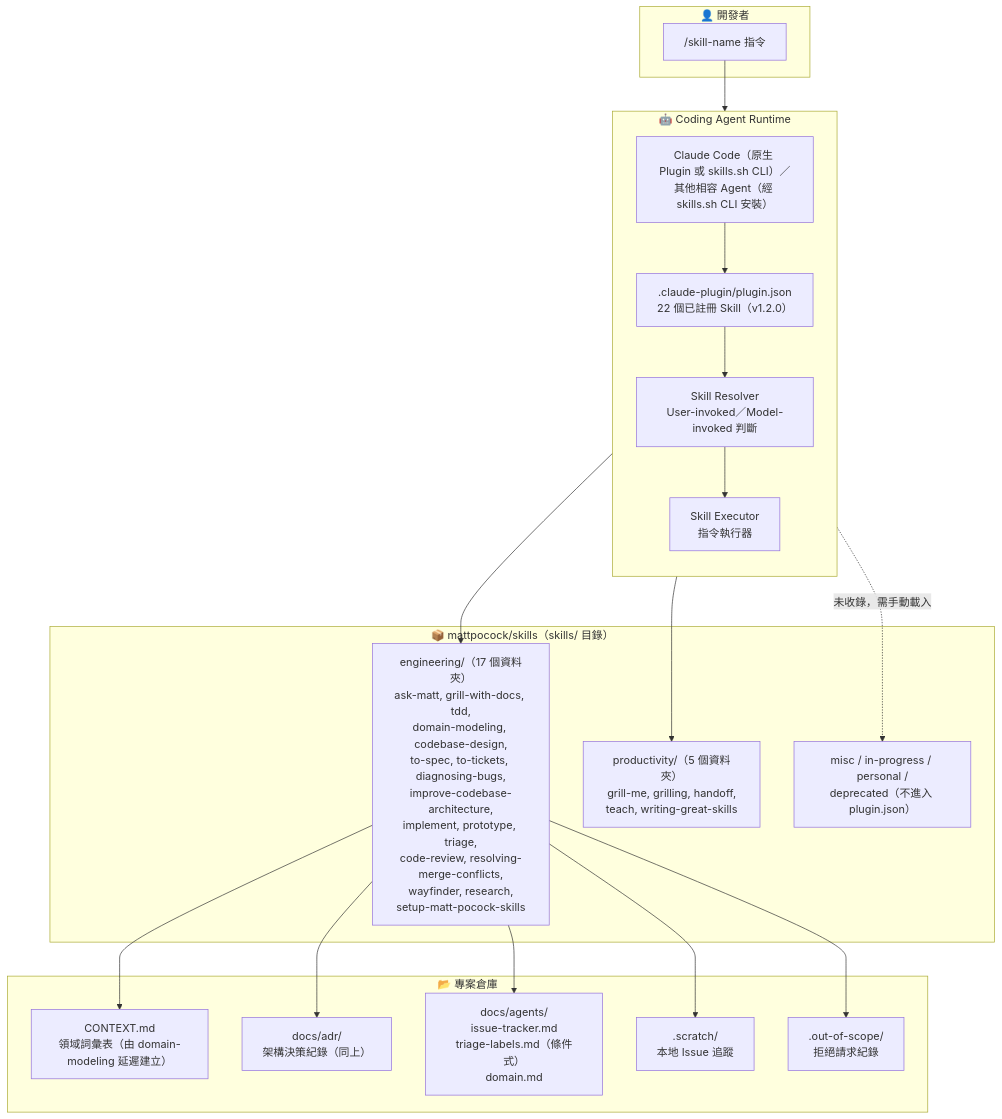
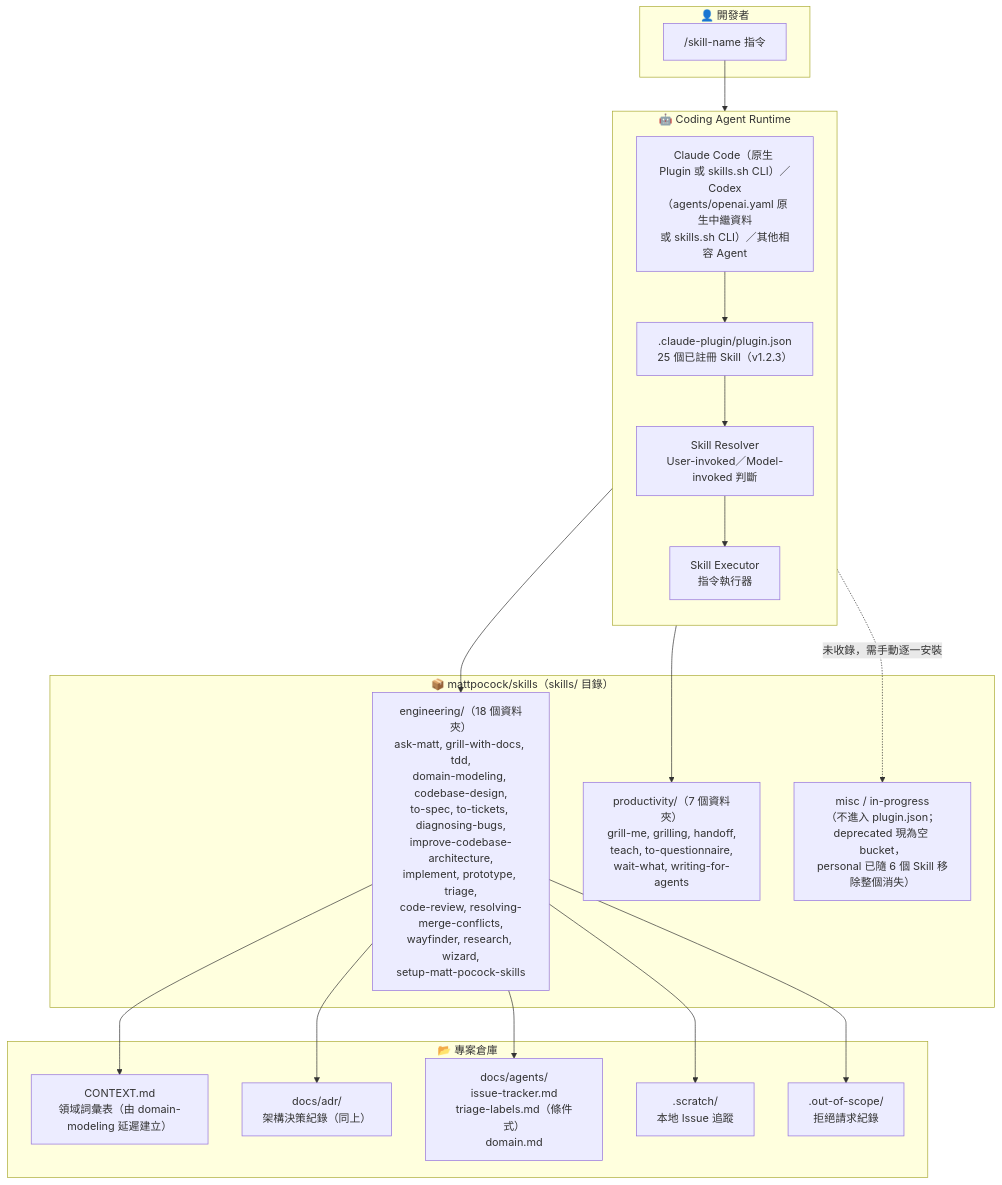
One commit to chihhung/Blog changed the first of 15 diagrams in content/posts/教學/AI開發/mattpocock skills 教學手冊.md. Above: the diagram before and after it, drawn with Mermaid. The commit also changed other lines of this file, not shown here.

````diff
--- a/content/posts/教學/AI開發/mattpocock skills 教學手冊.md
+++ b/content/posts/教學/AI開發/mattpocock skills 教學手冊.md
@@ -282,41 +289,41 @@
 ```mermaid
 graph TB
     subgraph Developer["👤 開發者"]
         CMD["/skill-name 指令"]
     end
 
     subgraph AgentRuntime["🤖 Coding Agent Runtime"]
         direction TB
-        AGENTS["Claude Code（原生 Plugin 或 skills.sh CLI）／<br/>其他相容 Agent（經 skills.sh CLI 安裝）"]
-        PLUGIN[".claude-plugin/plugin.json<br/>22 個已註冊 Skill（v1.2.0）"]
+        AGENTS["Claude Code（原生 Plugin 或 skills.sh CLI）／<br/>Codex（agents/openai.yaml 原生中繼資料<br/>或 skills.sh CLI）／其他相容 Agent"]
+        PLUGIN[".claude-plugin/plugin.json<br/>25 個已註冊 Skill（v1.2.3）"]
         RESOLVER["Skill Resolver<br/>User-invoked／Model-invoked 判斷"]
         EXECUTOR["Skill Executor<br/>指令執行器"]
     end
 
     subgraph SkillsRepo["📦 mattpocock/skills（skills/ 目錄）"]
-        ENG["engineering/（17 個資料夾）<br/>ask-matt, grill-with-docs, tdd,<br/>domain-modeling, codebase-design,<br/>to-spec, to-tickets, diagnosing-bugs,<br/>improve-codebase-architecture,<br/>implement, prototype, triage,<br/>code-review, resolving-merge-conflicts,<br/>wayfinder, research,<br/>setup-matt-pocock-skills"]
-        PROD["productivity/（5 個資料夾）<br/>grill-me, grilling, handoff,<br/>teach, writing-great-skills"]
-        OTHER["misc / in-progress / personal /<br/>deprecated（不進入 plugin.json）"]
+        ENG["engineering/（18 個資料夾）<br/>ask-matt, grill-with-docs, tdd,<br/>domain-modeling, codebase-design,<br/>to-spec, to-tickets, diagnosing-bugs,<br/>improve-codebase-architecture,<br/>implement, prototype, triage,<br/>code-review, resolving-merge-conflicts,<br/>wayfinder, research, wizard,<br/>setup-matt-pocock-skills"]
+        PROD["productivity/（7 個資料夾）<br/>grill-me, grilling, handoff,<br/>teach, to-questionnaire,<br/>wait-what, writing-for-agents"]
+        OTHER["misc / in-progress<br/>（不進入 plugin.json；<br/>deprecated 現為空 bucket，<br/>personal 已隨 6 個 Skill 移除整個消失）"]
     end
 
     subgraph RepoContext["📂 專案倉庫"]
         CONTEXT["CONTEXT.md<br/>領域詞彙表（由 domain-modeling 延遲建立）"]
         ADR["docs/adr/<br/>架構決策紀錄（同上）"]
         AGENTDOCS["docs/agents/<br/>issue-tracker.md<br/>triage-labels.md（條件式）<br/>domain.md"]
         SCRATCH[".scratch/<br/>本地 Issue 追蹤"]
         OUTSCOPE[".out-of-scope/<br/>拒絕請求紀錄"]
     end
 
     CMD --> RESOLVER
     AGENTS --> PLUGIN
     PLUGIN --> RESOLVER
     RESOLVER --> EXECUTOR
     EXECUTOR --> ENG
     EXECUTOR --> PROD
-    EXECUTOR -.未收錄，需手動載入.-> OTHER
+    EXECUTOR -.未收錄，需手動逐一安裝.-> OTHER
     ENG --> CONTEXT
     ENG --> ADR
     ENG --> AGENTDOCS
     ENG --> SCRATCH
     ENG --> OUTSCOPE
 ```
````
